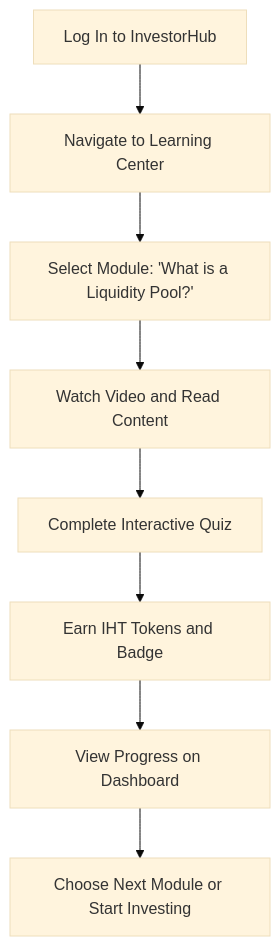
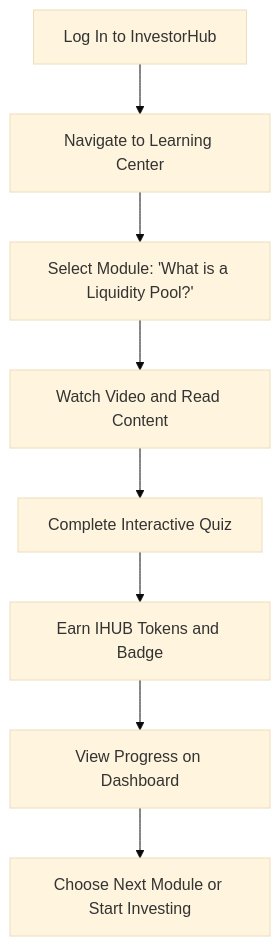
One commit to aquental/chainlink-hackathon changed the second of 5 diagrams in README.md. Above: the diagram before and after it, drawn with Mermaid (base theme). The commit also changed other lines of this file, not shown here.

````diff
--- a/README.md
+++ b/README.md
@@ -116,10 +122,10 @@
 ```mermaid
 flowchart TD
     A[Log In to InvestorHub] --> B[Navigate to Learning Center]
     B --> C[Select Module: 'What is a Liquidity Pool?']
     C --> D[Watch Video and Read Content]
     D --> E[Complete Interactive Quiz]
-    E --> F[Earn IHT Tokens and Badge]
+    E --> F[Earn IHUB Tokens and Badge]
     F --> G[View Progress on Dashboard]
     G --> H[Choose Next Module or Start Investing]
 ```
````
